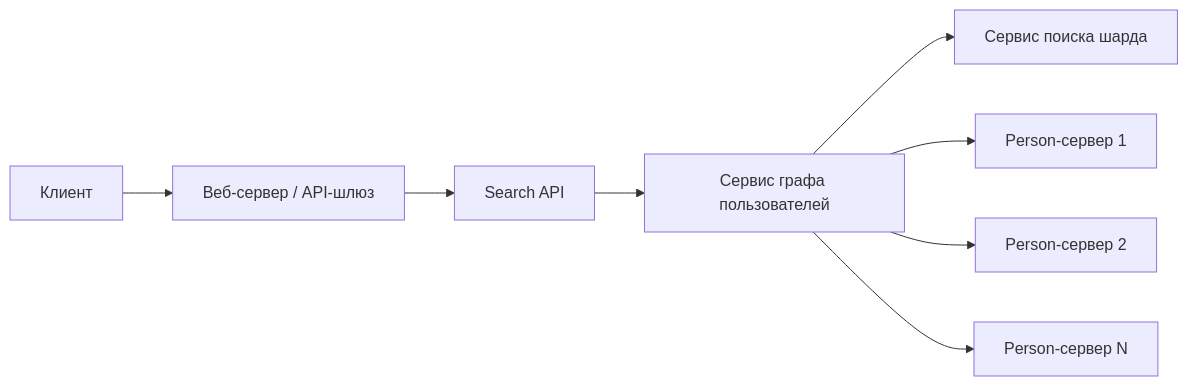
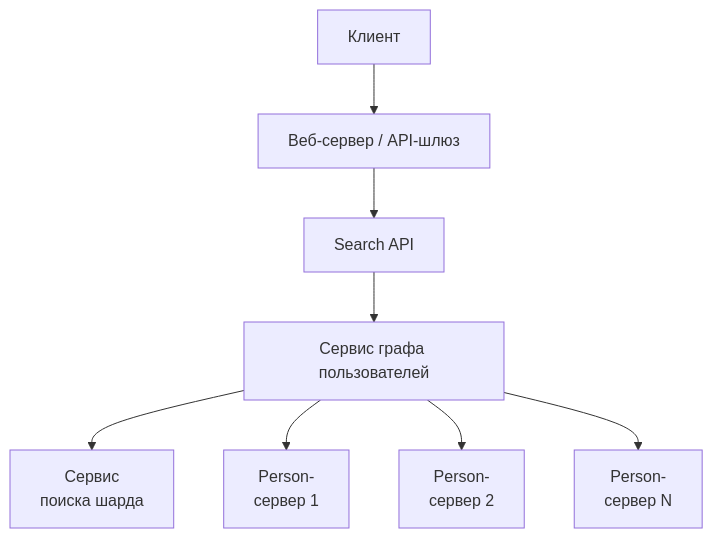
The first of 2 diagrams in src/content/docs/ru/practice/social-graph.mdx (butyavk/system-design), drawn with Mermaid before and after one commit. The commit also changed other lines of this file and 144 other files, not shown here.

````diff
--- a/src/content/docs/ru/practice/social-graph.mdx
+++ b/src/content/docs/ru/practice/social-graph.mdx
@@ -65,10 +65,10 @@
 ```mermaid
-flowchart LR
+flowchart TB
   client["Клиент"] --> web["Веб-сервер / API-шлюз"]
   web --> search["Search API"]
   search --> ugs["Сервис графа пользователей"]
-  ugs --> lookup["Сервис поиска шарда"]
-  ugs --> p1["Person-сервер 1"]
-  ugs --> p2["Person-сервер 2"]
-  ugs --> pn["Person-сервер N"]
+  ugs --> lookup["Сервис<br/>поиска шарда"]
+  ugs --> p1["Person-<br/>сервер 1"]
+  ugs --> p2["Person-<br/>сервер 2"]
+  ugs --> pn["Person-<br/>сервер N"]
 ```
````
